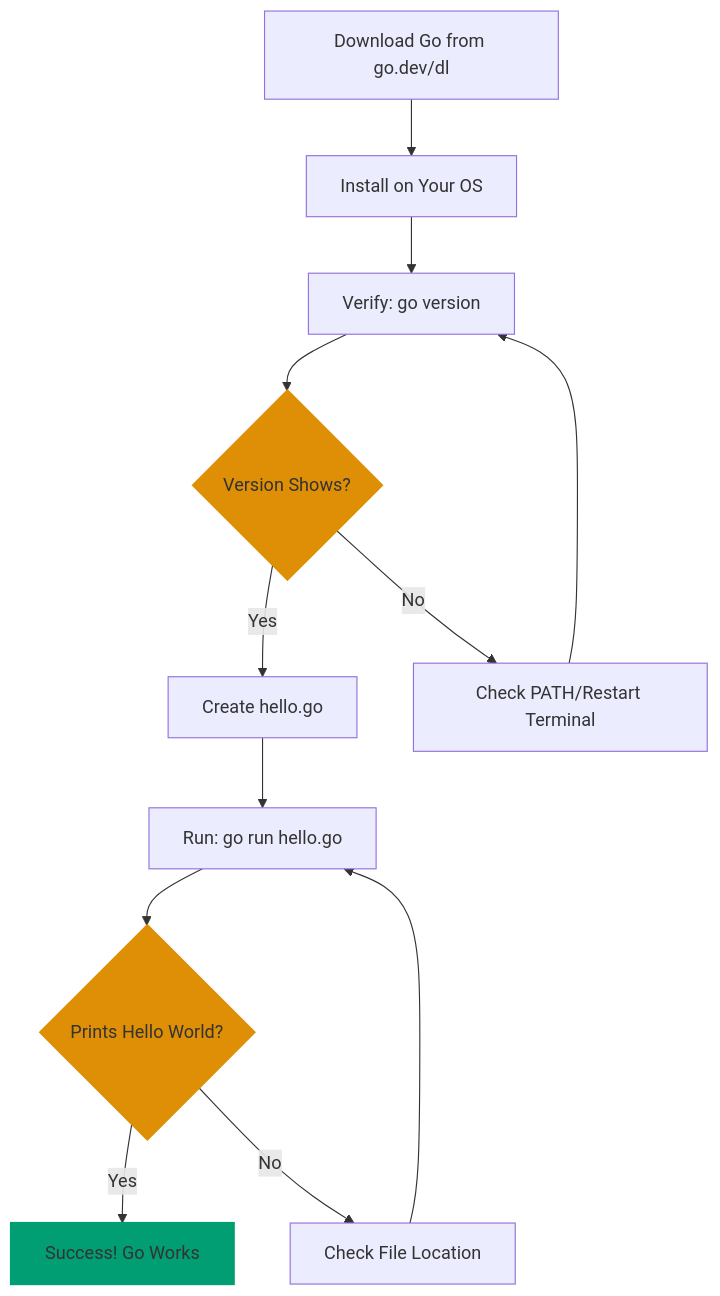
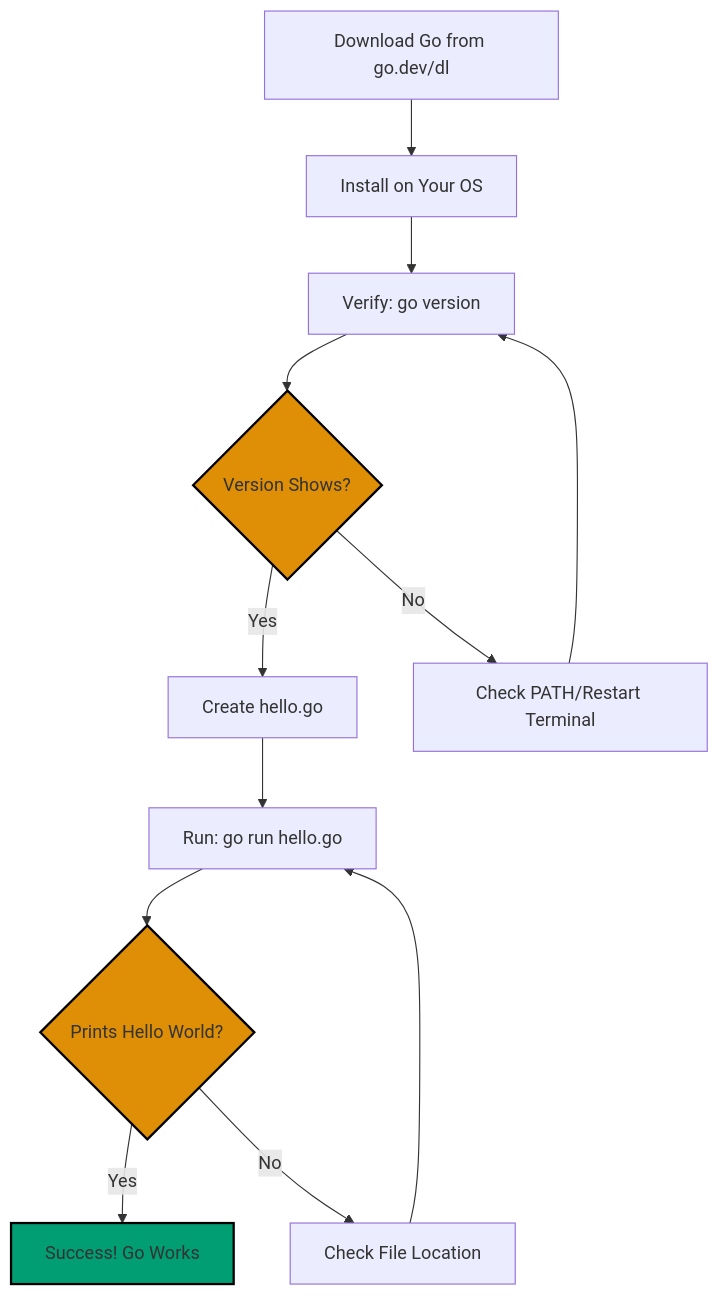
Before and after one commit to wahidyankf/open-sharia-enterprise: the diagram in apps/ayokoding-web/content/en/learn/software-engineering/programming-language/golang/tutorials/initial-setup.md, drawn with Mermaid. The commit also changed 29 other files, not shown here.

````diff
--- a/apps/ayokoding-web/content/en/learn/software-engineering/programming-language/golang/tutorials/initial-setup.md
+++ b/apps/ayokoding-web/content/en/learn/software-engineering/programming-language/golang/tutorials/initial-setup.md
@@ -28,18 +28,18 @@
 ```mermaid
 graph TD
     A[Download Go from go.dev/dl] --> B[Install on Your OS]
     B --> C[Verify: go version]
     C --> D{Version Shows?}
     D -->|Yes| E[Create hello.go]
     D -->|No| F[Check PATH/Restart Terminal]
     F --> C
     E --> G[Run: go run hello.go]
     G --> H{Prints Hello World?}
     H -->|Yes| I[Success! Go Works]
     H -->|No| J[Check File Location]
     J --> G
 
-    style I fill:#029E73,stroke:#029E73,stroke-width:2px
-    style D fill:#DE8F05,stroke:#DE8F05,stroke-width:2px
-    style H fill:#DE8F05,stroke:#DE8F05,stroke-width:2px
+    style I fill:#029E73,stroke:#000000,stroke-width:2px
+    style D fill:#DE8F05,stroke:#000000,stroke-width:2px
+    style H fill:#DE8F05,stroke:#000000,stroke-width:2px
 ```
````
